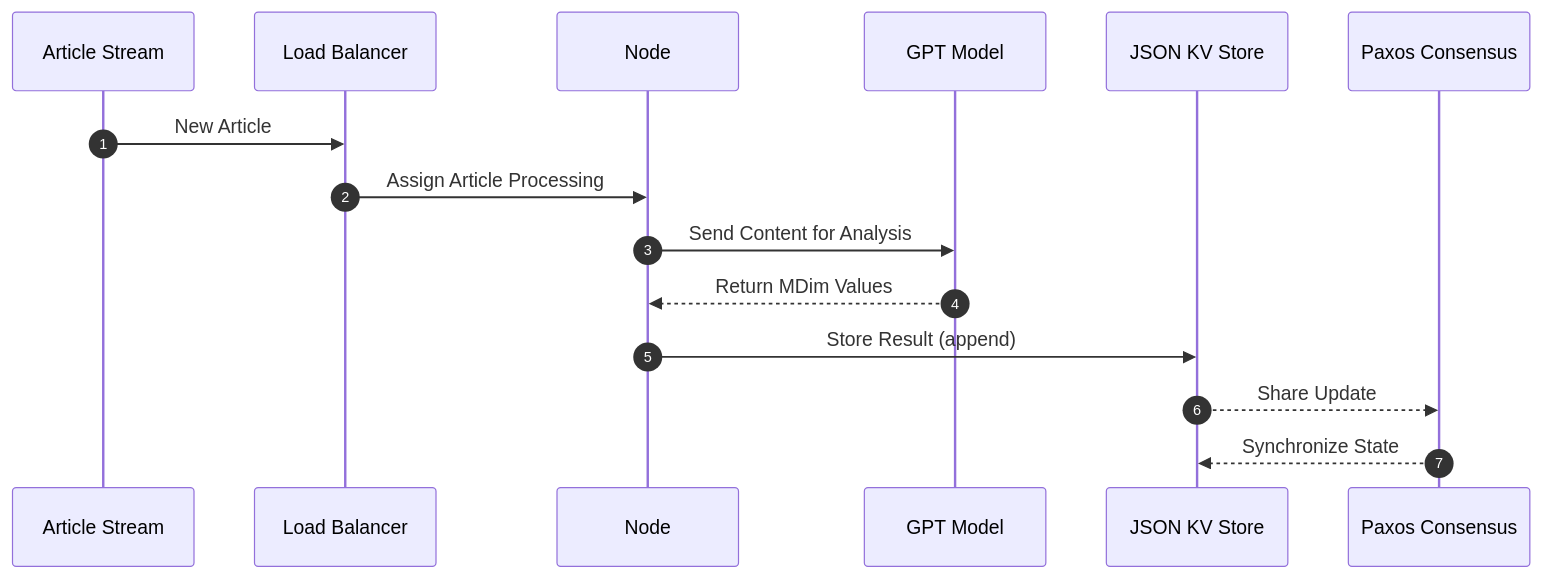
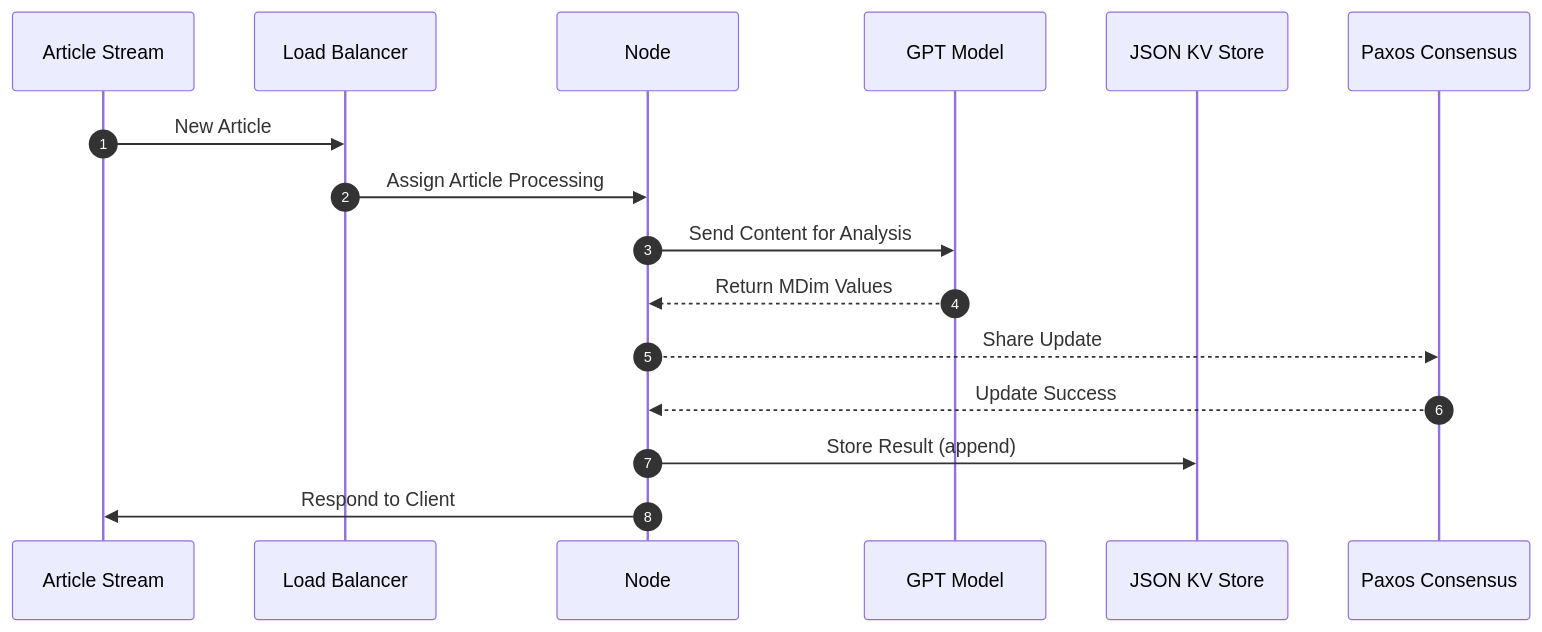
One commit to L0Lmaker/DistributedSemanticAnalysis changed the ninth of 9 diagrams in README.md. Above: the diagram before and after it, drawn with Mermaid. The commit also changed other lines of this file, not shown here.

````diff
--- a/README.md
+++ b/README.md
@@ -447,19 +509,20 @@
 ```mermaid
 sequenceDiagram
     autonumber
     participant A as Article Stream
     participant LB as Load Balancer
     participant N as Node
     participant G as GPT Model
     
     
     participant J as JSON KV Store
     participant P as Paxos Consensus
     A ->> LB: New Article
     LB ->> N: Assign Article Processing
     N ->> G: Send Content for Analysis
     G -->> N: Return MDim Values
+    N -->> P: Share Update
+    P -->> N: Update Success
     N ->> J: Store Result (append)
-    J -->> P: Share Update
-    P -->> J: Synchronize State
+    N ->> A: Respond to Client
 ```
````
